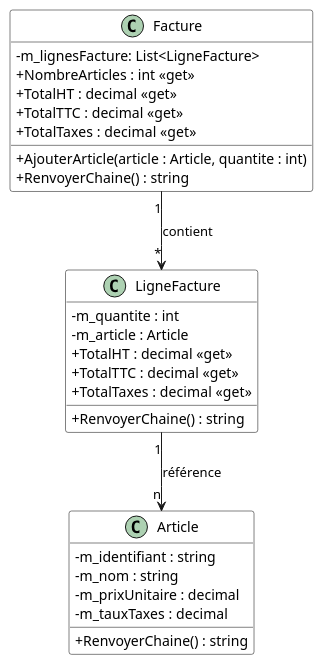
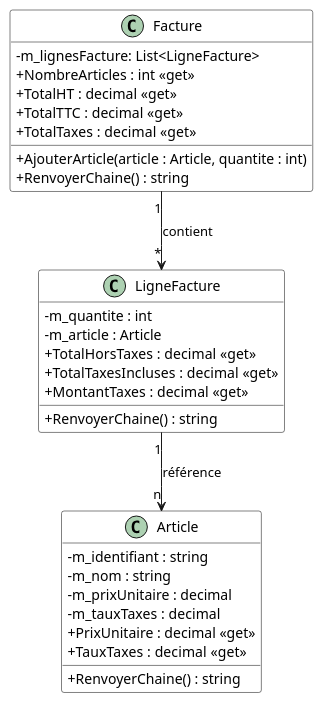
Before and after one commit to PiFou86/420-W20-SF: the diagram in Module03_Association/diag/src/FactureDiagClasses_Exercices.wsd, drawn with PlantUML. The commit also changed 2 other files, not shown here.

```diff
--- a/Module03_Association/diag/src/FactureDiagClasses_Exercices.wsd
+++ b/Module03_Association/diag/src/FactureDiagClasses_Exercices.wsd
@@ -1,35 +1,37 @@
 @startuml FactureDiagClasses
 skinparam classAttributeIconSize 0
 skinparam class {
     BackgroundColor White
     BorderColor #000
 }
 
 Facture "1" --> "*" LigneFacture : contient
 LigneFacture "1" --> "n" Article : référence
 
 class Facture {
     - m_lignesFacture: List<LigneFacture>
     + NombreArticles : int <<get>>
     + TotalHT : decimal <<get>>
     + TotalTTC : decimal <<get>>
     + TotalTaxes : decimal <<get>>
     + AjouterArticle(article : Article, quantite : int)
     + RenvoyerChaine() : string
 }
 class LigneFacture {
     - m_quantite : int
     - m_article : Article
-    + TotalHT : decimal <<get>>
-    + TotalTTC : decimal <<get>>
-    + TotalTaxes : decimal <<get>>
+    + TotalHorsTaxes : decimal <<get>>
+    + TotalTaxesIncluses : decimal <<get>>
+    + MontantTaxes : decimal <<get>>
     + RenvoyerChaine() : string
 }
 class Article {
     - m_identifiant : string
     - m_nom : string
     - m_prixUnitaire : decimal
     - m_tauxTaxes : decimal
+    + PrixUnitaire : decimal <<get>>
+    + TauxTaxes : decimal <<get>>
     + RenvoyerChaine() : string
 }
 @enduml
```
